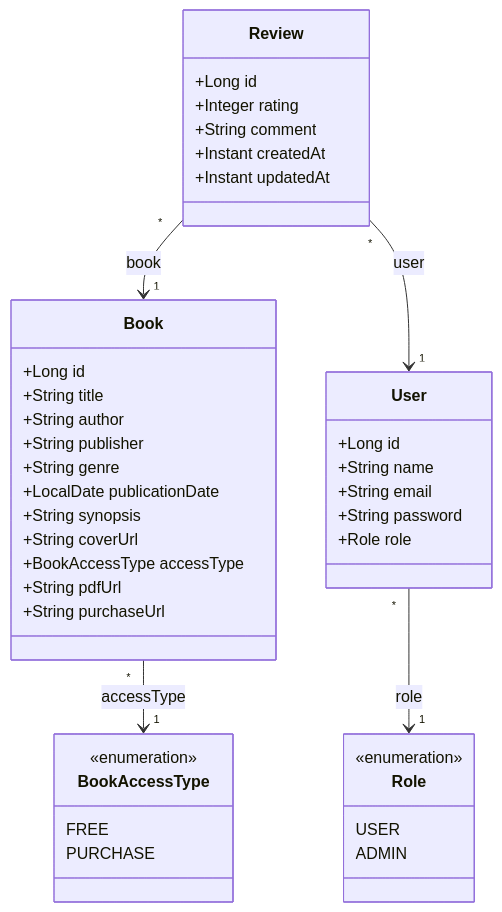
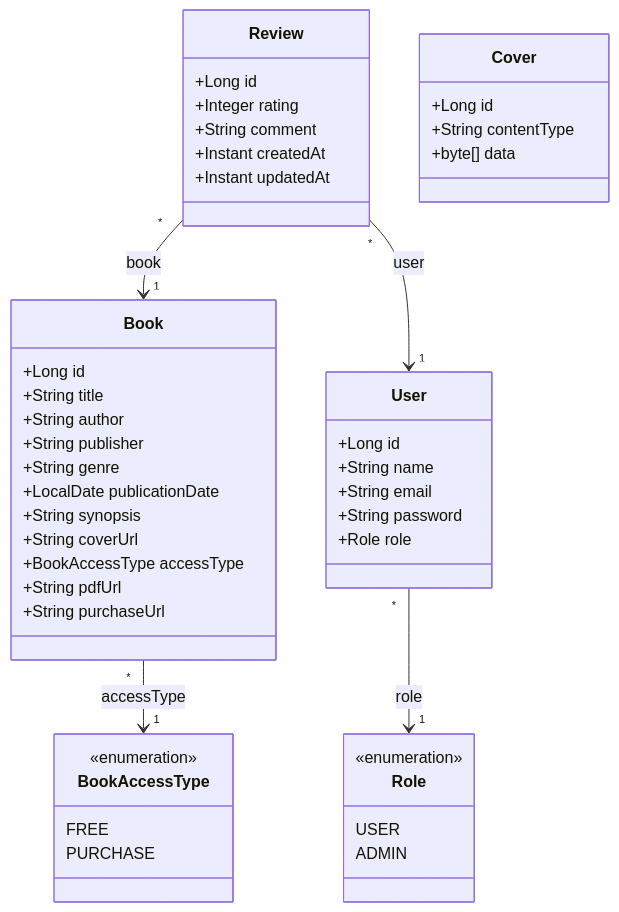
One commit to SamuelKrabbe/xopxe changed the diagram in docs/arquitetura.md. Above: the diagram before and after it, drawn with Mermaid. The commit also changed other lines of this file and 15 other files, not shown here.

````diff
--- a/docs/arquitetura.md
+++ b/docs/arquitetura.md
@@ -203,49 +208,55 @@
 ```mermaid
 classDiagram
     class User {
         +Long id
         +String name
         +String email
         +String password
         +Role role
     }
 
     class Book {
         +Long id
         +String title
         +String author
         +String publisher
         +String genre
         +LocalDate publicationDate
         +String synopsis
         +String coverUrl
         +BookAccessType accessType
         +String pdfUrl
         +String purchaseUrl
     }
 
     class Review {
         +Long id
         +Integer rating
         +String comment
         +Instant createdAt
         +Instant updatedAt
     }
 
+    class Cover {
+        +Long id
+        +String contentType
+        +byte[] data
+    }
+
     class BookAccessType {
         <<enumeration>>
         FREE
         PURCHASE
     }
 
     class Role {
         <<enumeration>>
         USER
         ADMIN
     }
 
     User "*" --> "1" Role : role
     Book "*" --> "1" BookAccessType : accessType
     Review "*" --> "1" Book : book
     Review "*" --> "1" User : user
 ```
````
